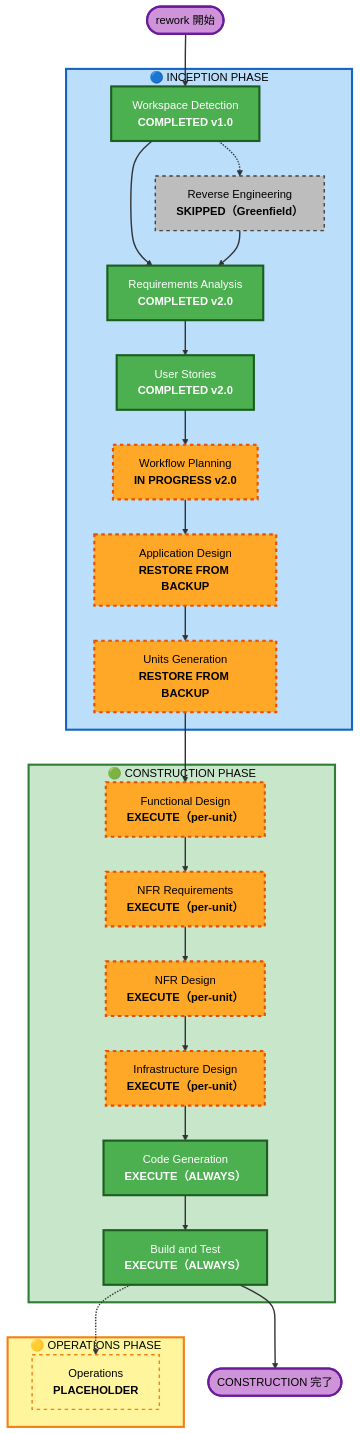
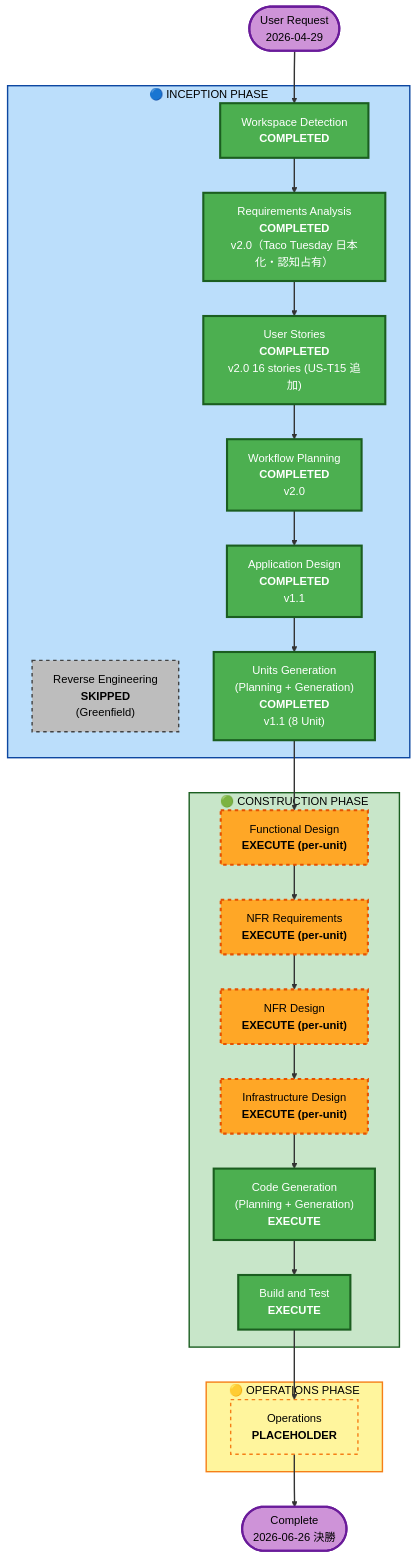
One commit to salsa-panda/tako-tues changed the first of 2 diagrams in aidlc-docs/inception/plans/execution-plan.md. Above: the diagram before and after it, drawn with Mermaid (neutral theme). The commit also changed other lines of this file, not shown here.

````diff
--- a/aidlc-docs/inception/plans/execution-plan.md
+++ b/aidlc-docs/inception/plans/execution-plan.md
@@ -49,66 +100,69 @@
 ```mermaid
 flowchart TD
-    Start(["rework 開始"])
+    Start(["User Request<br/>2026-04-29"])
 
     subgraph INCEPTION["🔵 INCEPTION PHASE"]
-        WD["Workspace Detection<br/><b>COMPLETED v1.0</b>"]
-        RE["Reverse Engineering<br/><b>SKIPPED（Greenfield）</b>"]
-        RA["Requirements Analysis<br/><b>COMPLETED v2.0</b>"]
-        US["User Stories<br/><b>COMPLETED v2.0</b>"]
-        WP["Workflow Planning<br/><b>IN PROGRESS v2.0</b>"]
-        AD["Application Design<br/><b>RESTORE FROM BACKUP</b>"]
-        UG["Units Generation<br/><b>RESTORE FROM BACKUP</b>"]
+        WD["Workspace Detection<br/><b>COMPLETED</b>"]
+        RE["Reverse Engineering<br/><b>SKIPPED</b><br/>(Greenfield)"]
+        RA["Requirements Analysis<br/><b>COMPLETED</b><br/>v2.0（Taco Tuesday 日本化・認知占有）"]
+        US["User Stories<br/><b>COMPLETED</b><br/>v2.0 16 stories (US-T15 追加)"]
+        WP["Workflow Planning<br/><b>COMPLETED</b><br/>v2.0"]
+        AD["Application Design<br/><b>COMPLETED</b><br/>v1.1"]
+        UG["Units Generation<br/>(Planning + Generation)<br/><b>COMPLETED</b><br/>v1.1 (8 Unit)"]
     end
 
     subgraph CONSTRUCTION["🟢 CONSTRUCTION PHASE"]
-        FD["Functional Design<br/><b>EXECUTE（per-unit）</b>"]
-        NFRA["NFR Requirements<br/><b>EXECUTE（per-unit）</b>"]
-        NFRD["NFR Design<br/><b>EXECUTE（per-unit）</b>"]
-        ID["Infrastructure Design<br/><b>EXECUTE（per-unit）</b>"]
-        CG["Code Generation<br/><b>EXECUTE（ALWAYS）</b>"]
-        BT["Build and Test<br/><b>EXECUTE（ALWAYS）</b>"]
+        FD["Functional Design<br/><b>EXECUTE (per-unit)</b>"]
+        NFRA["NFR Requirements<br/><b>EXECUTE (per-unit)</b>"]
+        NFRD["NFR Design<br/><b>EXECUTE (per-unit)</b>"]
+        ID["Infrastructure Design<br/><b>EXECUTE (per-unit)</b>"]
+        CG["Code Generation<br/>(Planning + Generation)<br/><b>EXECUTE</b>"]
+        BT["Build and Test<br/><b>EXECUTE</b>"]
     end
 
     subgraph OPERATIONS["🟡 OPERATIONS PHASE"]
         OPS["Operations<br/><b>PLACEHOLDER</b>"]
     end
 
     Start --> WD
-    WD -.-> RE
     WD --> RA
-    RE --> RA
     RA --> US
     US --> WP
     WP --> AD
     AD --> UG
     UG --> FD
     FD --> NFRA
     NFRA --> NFRD
     NFRD --> ID
     ID --> CG
     CG --> BT
-    BT -.-> OPS
-    BT --> End(["CONSTRUCTION 完了"])
+    BT --> OPS
+    OPS --> End(["Complete<br/>2026-06-26 決勝"])
+
+    style Start fill:#CE93D8,stroke:#6A1B9A,stroke-width:3px,color:#000
+    style End fill:#CE93D8,stroke:#6A1B9A,stroke-width:3px,color:#000
 
     style WD fill:#4CAF50,stroke:#1B5E20,stroke-width:3px,color:#fff
-    style RE fill:#BDBDBD,stroke:#424242,stroke-width:2px,stroke-dasharray: 5 5,color:#000
     style RA fill:#4CAF50,stroke:#1B5E20,stroke-width:3px,color:#fff
     style US fill:#4CAF50,stroke:#1B5E20,stroke-width:3px,color:#fff
-    style WP fill:#FFA726,stroke:#E65100,stroke-width:3px,stroke-dasharray: 5 5,color:#000
-    style AD fill:#FFA726,stroke:#E65100,stroke-width:3px,stroke-dasharray: 5 5,color:#000
-    style UG fill:#FFA726,stroke:#E65100,stroke-width:3px,stroke-dasharray: 5 5,color:#000
+    style WP fill:#4CAF50,stroke:#1B5E20,stroke-width:3px,color:#fff
+    style RE fill:#BDBDBD,stroke:#424242,stroke-width:2px,stroke-dasharray: 5 5,color:#000
+
+    style AD fill:#4CAF50,stroke:#1B5E20,stroke-width:3px,color:#fff
+    style UG fill:#4CAF50,stroke:#1B5E20,stroke-width:3px,color:#fff
+
     style FD fill:#FFA726,stroke:#E65100,stroke-width:3px,stroke-dasharray: 5 5,color:#000
     style NFRA fill:#FFA726,stroke:#E65100,stroke-width:3px,stroke-dasharray: 5 5,color:#000
     style NFRD fill:#FFA726,stroke:#E65100,stroke-width:3px,stroke-dasharray: 5 5,color:#000
     style ID fill:#FFA726,stroke:#E65100,stroke-width:3px,stroke-dasharray: 5 5,color:#000
     style CG fill:#4CAF50,stroke:#1B5E20,stroke-width:3px,color:#fff
     style BT fill:#4CAF50,stroke:#1B5E20,stroke-width:3px,color:#fff
+
     style OPS fill:#FFF59D,stroke:#F57F17,stroke-width:2px,stroke-dasharray: 5 5,color:#000
-    style INCEPTION fill:#BBDEFB,stroke:#1565C0,stroke-width:3px,color:#000
-    style CONSTRUCTION fill:#C8E6C9,stroke:#2E7D32,stroke-width:3px,color:#000
-    style OPERATIONS fill:#FFF59D,stroke:#F57F17,stroke-width:3px,color:#000
-    style Start fill:#CE93D8,stroke:#6A1B9A,stroke-width:3px,color:#000
-    style End fill:#CE93D8,stroke:#6A1B9A,stroke-width:3px,color:#000
+
+    style INCEPTION fill:#BBDEFB,stroke:#0D47A1,stroke-width:2px,color:#000
+    style CONSTRUCTION fill:#C8E6C9,stroke:#1B5E20,stroke-width:2px,color:#000
+    style OPERATIONS fill:#FFF59D,stroke:#F57F17,stroke-width:2px,color:#000
 
     linkStyle default stroke:#333,stroke-width:2px
 ```
````
